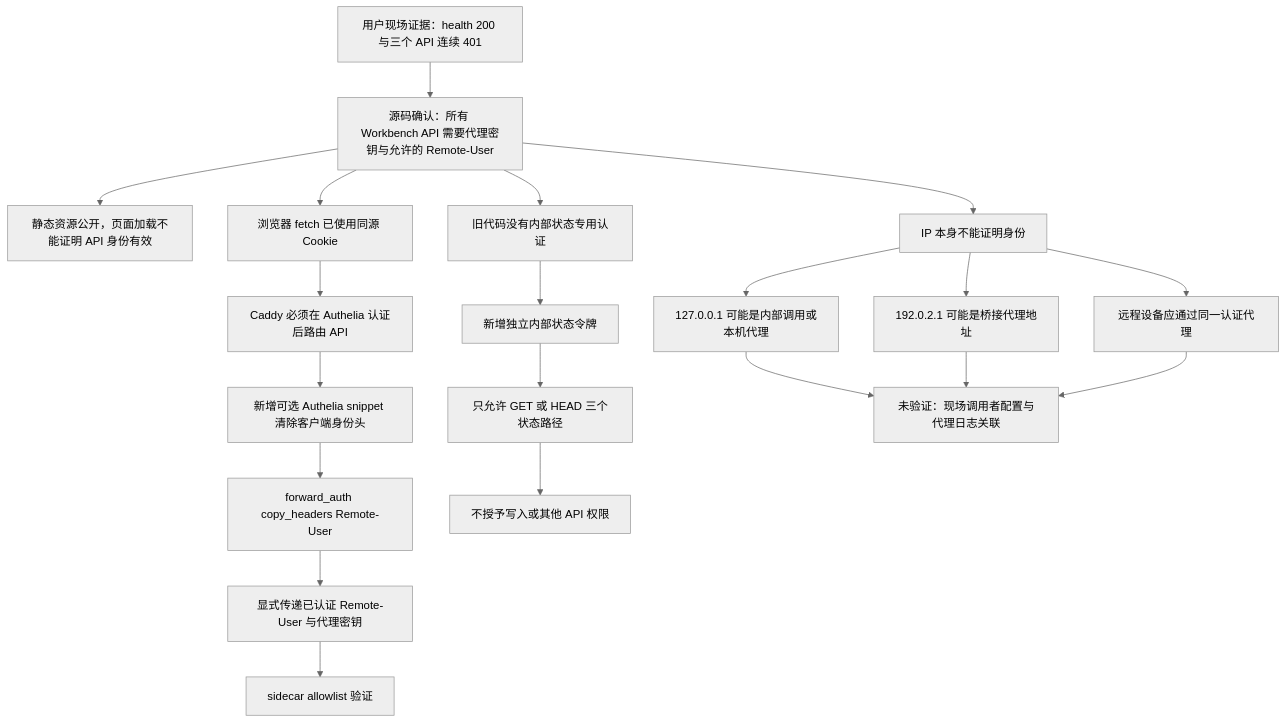
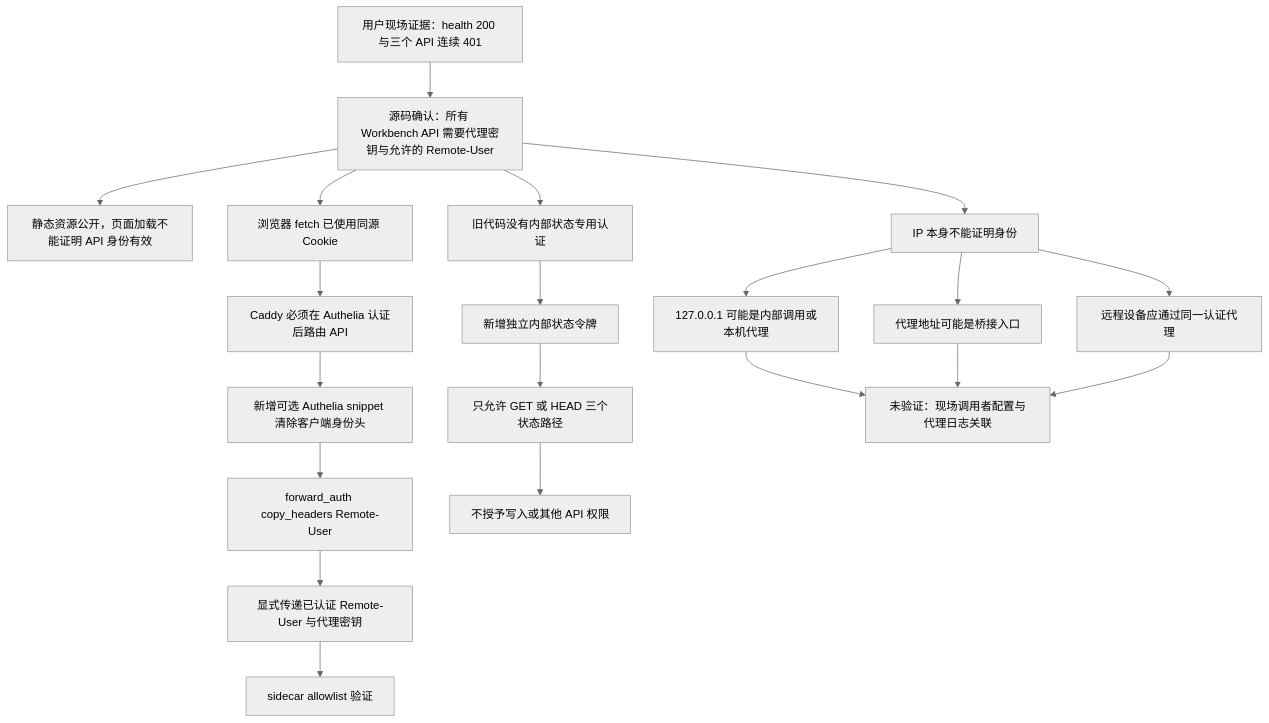
The first of 3 diagrams in FLEET_REPORT.md (DeeliN221/hermes-workbench), drawn with Mermaid (neutral theme) before and after one commit. The commit also changed 1 other file, not shown here.

Commit message:
test(auth): use public peer literals in privacy check

````diff
--- a/FLEET_REPORT.md
+++ b/FLEET_REPORT.md
@@ -12,23 +12,23 @@
 ```mermaid
 flowchart TD
     A[用户现场证据：health 200 与三个 API 连续 401]
     A --> B[源码确认：所有 Workbench API 需要代理密钥与允许的 Remote-User]
     B --> C[静态资源公开，页面加载不能证明 API 身份有效]
     B --> D[浏览器 fetch 已使用同源 Cookie]
     D --> E[Caddy 必须在 Authelia 认证后路由 API]
     E --> F[新增可选 Authelia snippet 清除客户端身份头]
     F --> G[forward_auth copy_headers Remote-User]
     G --> H[显式传递已认证 Remote-User 与代理密钥]
     H --> I[sidecar allowlist 验证]
     B --> J[旧代码没有内部状态专用认证]
     J --> K[新增独立内部状态令牌]
     K --> L[只允许 GET 或 HEAD 三个状态路径]
     L --> M[不授予写入或其他 API 权限]
     B --> N[IP 本身不能证明身份]
     N --> O[127.0.0.1 可能是内部调用或本机代理]
-  N --> P[192.0.2.1 可能是桥接代理地址]
+  N --> P[代理地址可能是桥接入口]
     N --> Q[远程设备应通过同一认证代理]
     O --> R[未验证：现场调用者配置与代理日志关联]
     P --> R
     Q --> R
 ```
````
